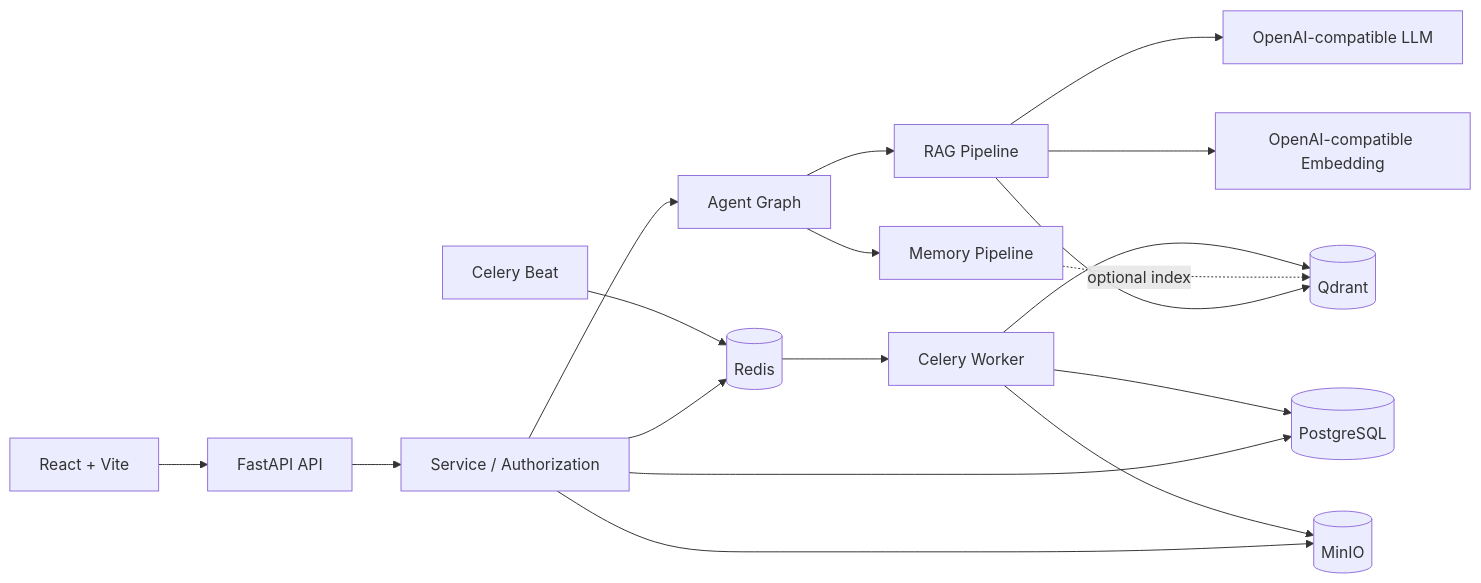
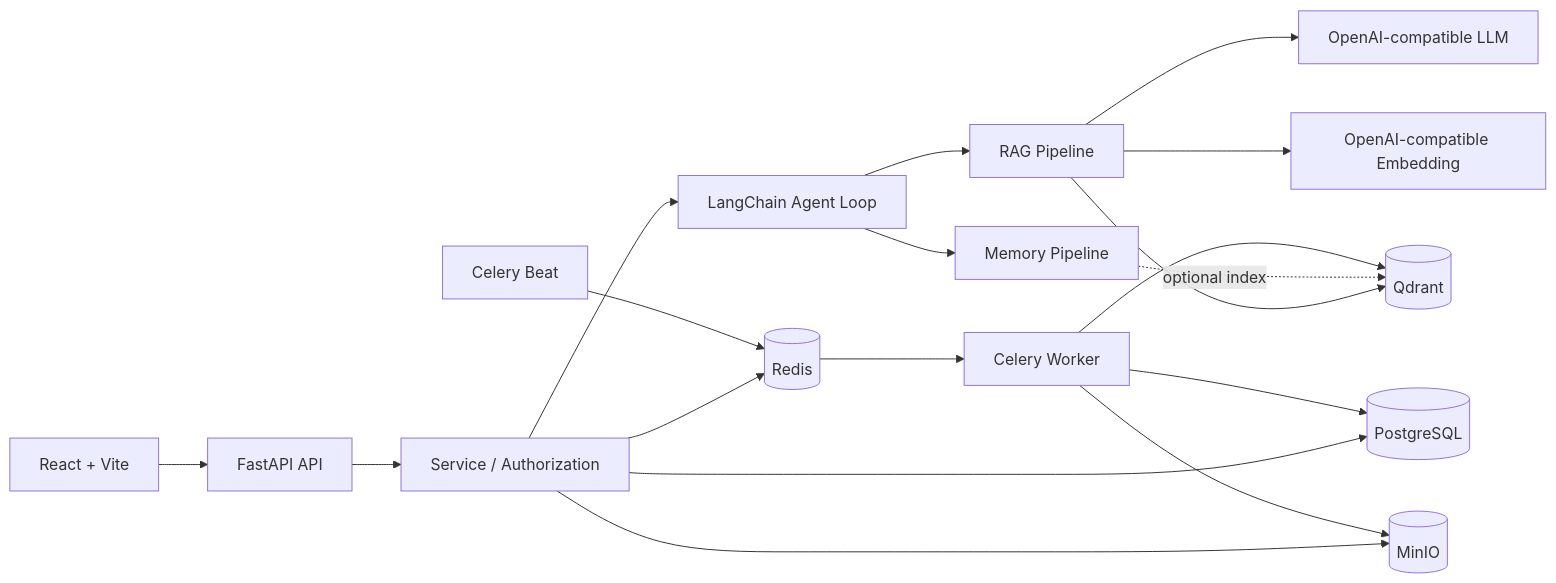
The diagram in README.md (ShuoLiu0603/knowledge-work-assistant), drawn with Mermaid before and after one commit. The commit also changed other lines of this file and 70 other files, not shown here.

````diff
--- a/README.md
+++ b/README.md
@@ -38,22 +38,22 @@
 ```mermaid
 flowchart LR
     Browser[React + Vite] --> API[FastAPI API]
     API --> Services[Service / Authorization]
-    Services --> Agent[Agent Graph]
+    Services --> Agent[LangChain Agent Loop]
     Agent --> RAG[RAG Pipeline]
     Agent --> Memory[Memory Pipeline]
 
     Services --> PG[(PostgreSQL)]
     Services --> Redis[(Redis)]
     Services --> MinIO[(MinIO)]
     RAG --> Qdrant[(Qdrant)]
     Memory -. optional index .-> Qdrant
     RAG --> LLM[OpenAI-compatible LLM]
     RAG --> Embedding[OpenAI-compatible Embedding]
 
     Redis --> Worker[Celery Worker]
     Beat[Celery Beat] --> Redis
     Worker --> PG
     Worker --> MinIO
     Worker --> Qdrant
 ```
````
